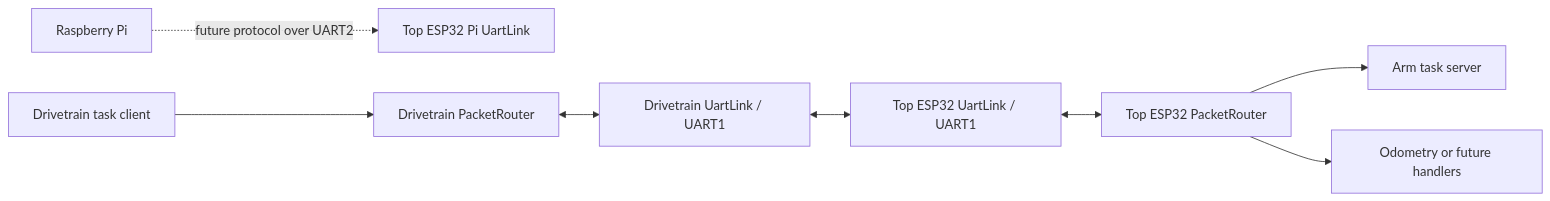
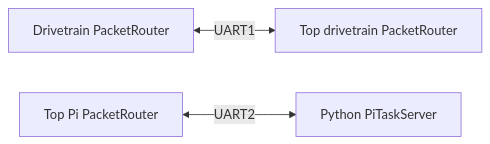
The diagram in Robot/firmware/docs/UART_PACKET_LINK_SYSTEM.md (J1m1-P/Robot-Summer-Team-5), drawn with Mermaid before and after one commit. The commit also changed other lines of this file and 123 other files, not shown here.

````diff
--- a/Robot/firmware/docs/UART_PACKET_LINK_SYSTEM.md
+++ b/Robot/firmware/docs/UART_PACKET_LINK_SYSTEM.md
@@ -11,10 +11,5 @@
 ```mermaid
 flowchart LR
-    PI[Raspberry Pi] -. future protocol over UART2 .-> PR[Top ESP32 Pi UartLink]
-    DT[Drivetrain task client] --> DR[Drivetrain PacketRouter]
-    DR <--> DL[Drivetrain UartLink / UART1]
-    DL <--> AL[Top ESP32 UartLink / UART1]
-    AL <--> AR[Top ESP32 PacketRouter]
-    AR --> AS[Arm task server]
-    AR --> OD[Odometry or future handlers]
+    D[Drivetrain PacketRouter] <-->|UART1| T1[Top drivetrain PacketRouter]
+    T2[Top Pi PacketRouter] <-->|UART2| P[Python PiTaskServer]
 ```
````
